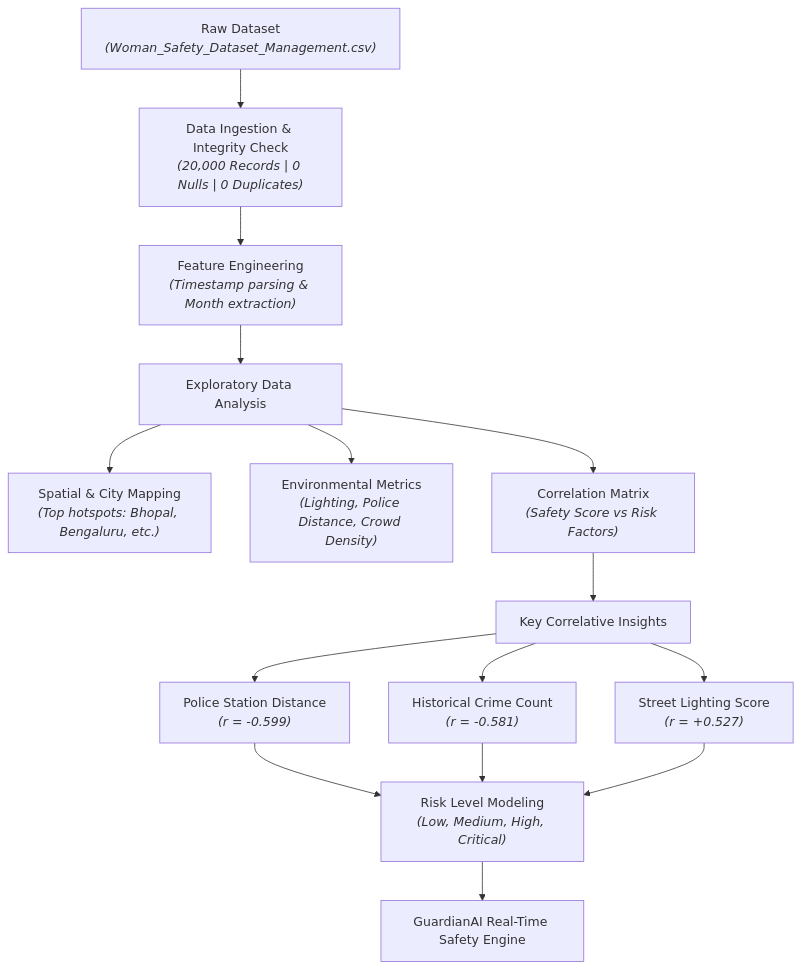
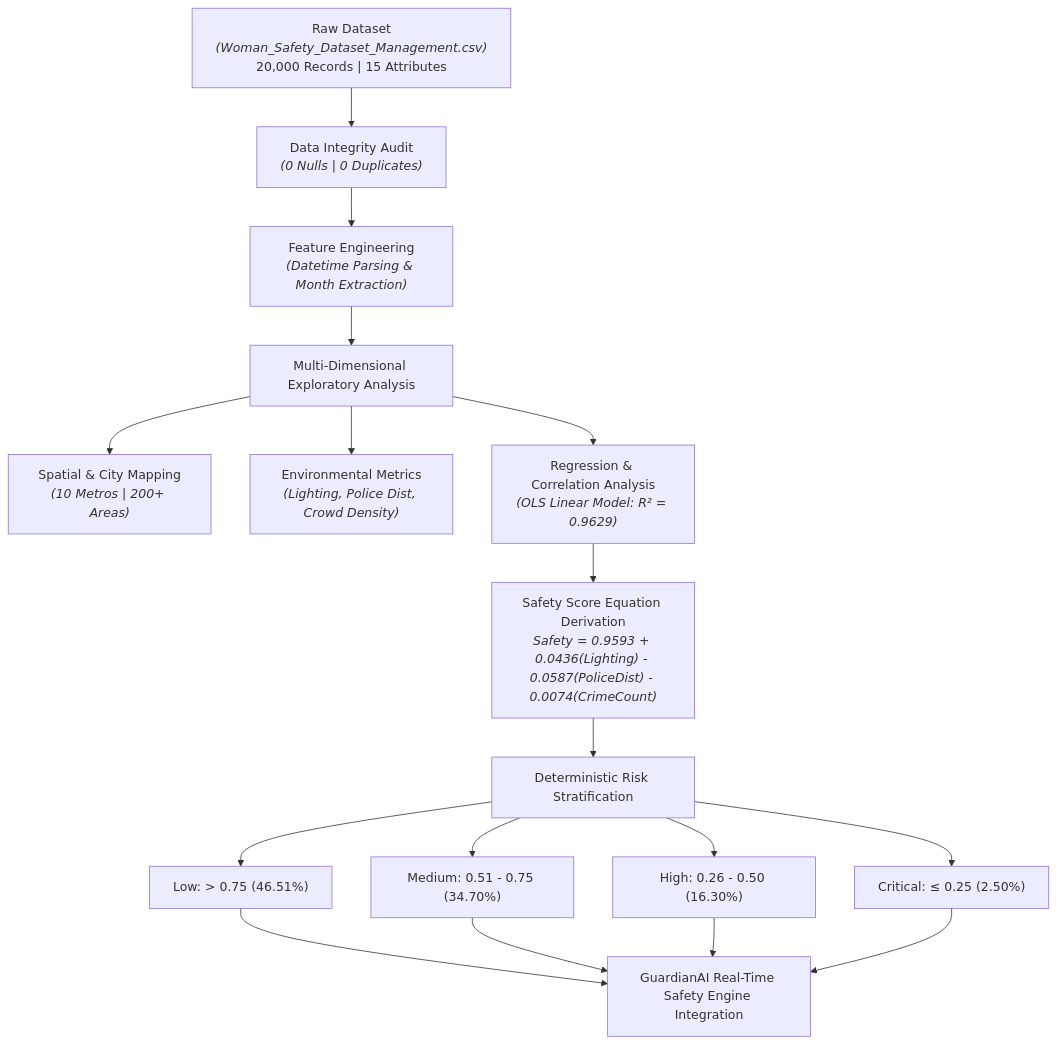
One commit to satyakiran29/GuardianAI changed the diagram in Analysis/README.md. Above: the diagram before and after it, drawn with Mermaid. The commit also changed other lines of this file and 1 other file, not shown here.

First line of the commit message:
Enhance Analysis README with dataset docs & model

````diff
--- a/Analysis/README.md
+++ b/Analysis/README.md
@@ -45,21 +16,22 @@
 ```mermaid
 flowchart TD
-    A["Raw Dataset<br><i>(Woman_Safety_Dataset_Management.csv)</i>"] --> B["Data Ingestion & Integrity Check<br><i>(20,000 Records | 0 Nulls | 0 Duplicates)</i>"]
+    A["Raw Dataset<br><i>(Woman_Safety_Dataset_Management.csv)</i><br>20,000 Records | 15 Attributes"] --> B["Data Integrity Audit<br><i>(0 Nulls | 0 Duplicates)</i>"]
     
-    B --> C["Feature Engineering<br><i>(Timestamp parsing & Month extraction)</i>"]
+    B --> C["Feature Engineering<br><i>(Datetime Parsing & Month Extraction)</i>"]
     
-    C --> D["Exploratory Data Analysis"]
+    C --> D["Multi-Dimensional Exploratory Analysis"]
     
-    D --> D1["Spatial & City Mapping<br><i>(Top hotspots: Bhopal, Bengaluru, etc.)</i>"]
-    D --> D2["Environmental Metrics<br><i>(Lighting, Police Distance, Crowd Density)</i>"]
-    D --> D3["Correlation Matrix<br><i>(Safety Score vs Risk Factors)</i>"]
+    D --> D1["Spatial & City Mapping<br><i>(10 Metros | 200+ Areas)</i>"]
+    D --> D2["Environmental Metrics<br><i>(Lighting, Police Dist, Crowd Density)</i>"]
+    D --> D3["Regression & Correlation Analysis<br><i>(OLS Linear Model: R² = 0.9629)</i>"]
     
-    D3 --> E["Key Correlative Insights"]
+    D3 --> E["Safety Score Equation Derivation<br><i>Safety = 0.9593 + 0.0436(Lighting) - 0.0587(PoliceDist) - 0.0074(CrimeCount)</i>"]
     
-    E --> E1["Police Station Distance<br><i>(r = -0.599)</i>"]
-    E --> E2["Historical Crime Count<br><i>(r = -0.581)</i>"]
-    E --> E3["Street Lighting Score<br><i>(r = +0.527)</i>"]
+    E --> F["Deterministic Risk Stratification"]
+    F --> F1["Low: > 0.75 (46.51%)"]
+    F --> F2["Medium: 0.51 - 0.75 (34.70%)"]
+    F --> F3["High: 0.26 - 0.50 (16.30%)"]
+    F --> F4["Critical: ≤ 0.25 (2.50%)"]
     
-    E1 & E2 & E3 --> F["Risk Level Modeling<br><i>(Low, Medium, High, Critical)</i>"]
-    F --> G["GuardianAI Real-Time Safety Engine"]
+    F1 & F2 & F3 & F4 --> G["GuardianAI Real-Time Safety Engine Integration"]
 ```
````
